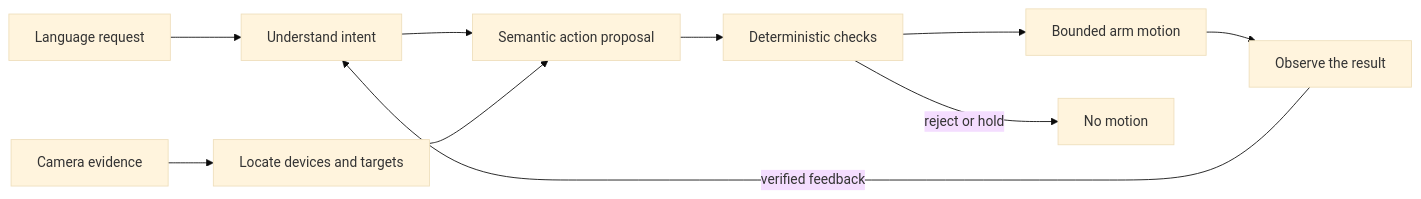
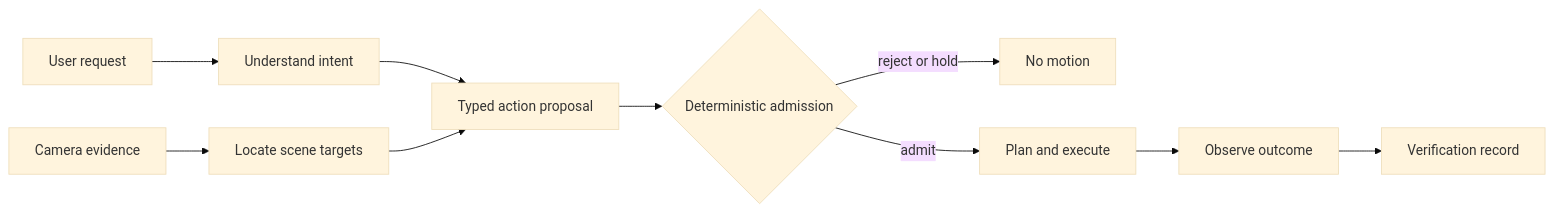
One commit to j-webtek/robot-arm-build changed the diagram in README.md. Above: the diagram before and after it, drawn with Mermaid (base theme). The commit also changed other lines of this file, not shown here.

````diff
--- a/README.md
+++ b/README.md
@@ -56,12 +43,12 @@
 ```mermaid
 flowchart LR
-    A[Language request] --> B[Understand intent]
-    C[Camera evidence] --> D[Locate devices and targets]
-    B --> E[Semantic action proposal]
+    A[User request] --> B[Understand intent]
+    C[Camera evidence] --> D[Locate scene targets]
+    B --> E[Typed action proposal]
     D --> E
-    E --> F[Deterministic checks]
-    F --> G[Bounded arm motion]
-    G --> H[Observe the result]
-    H -->|verified feedback| B
-    F -->|reject or hold| I[No motion]
+    E --> F{Deterministic admission}
+    F -->|reject or hold| G[No motion]
+    F -->|admit| H[Plan and execute]
+    H --> I[Observe outcome]
+    I --> J[Verification record]
 ```
````
